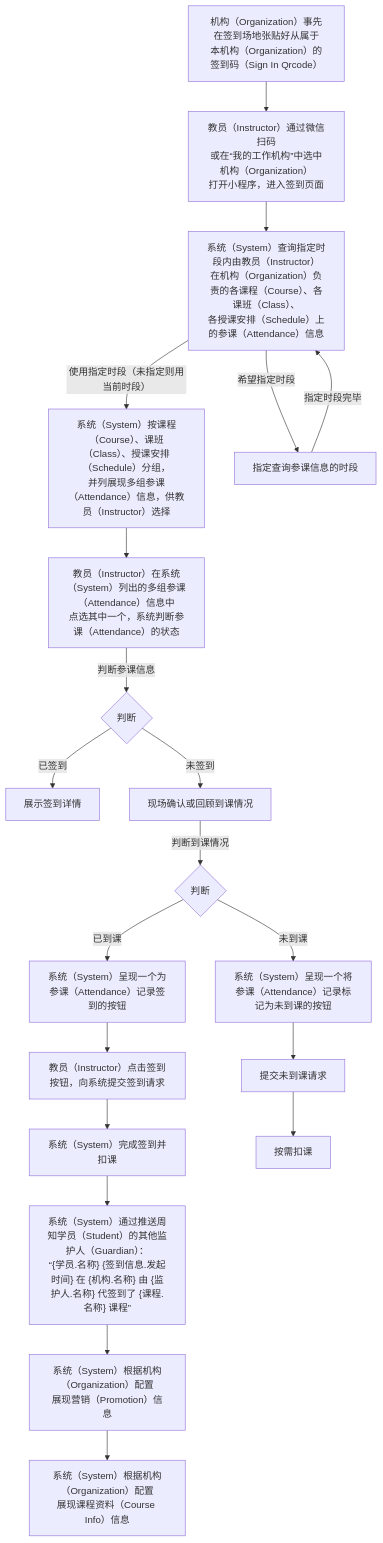
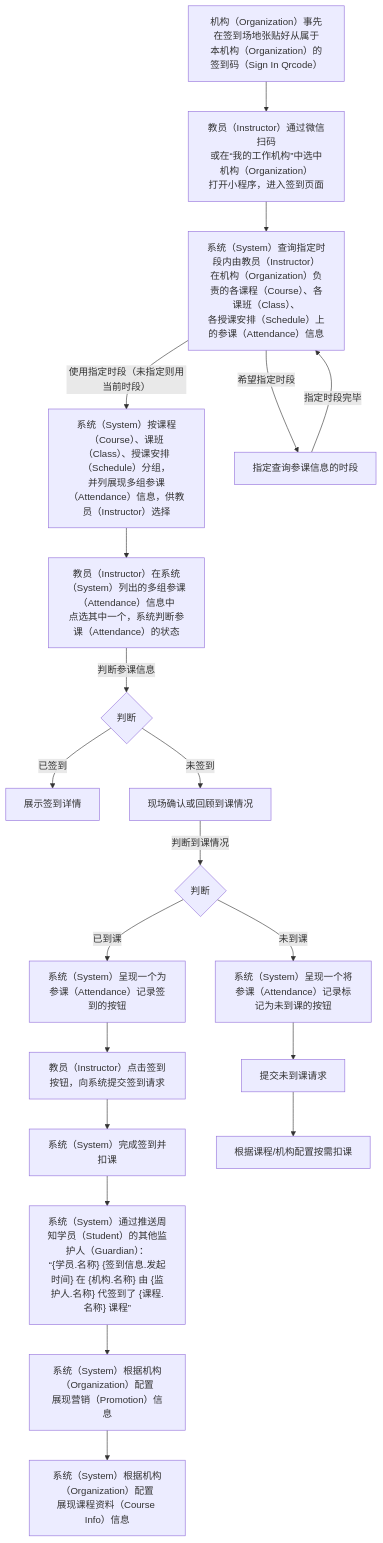
The third of 3 diagrams in 用例/签到.md (world-wide-web/sign), drawn with Mermaid before and after one commit. The commit also changed other lines of this file, not shown here.

````diff
--- a/用例/签到.md
+++ b/用例/签到.md
@@ -82,53 +82,55 @@
 ```mermaid
 graph TD
 
 准备签到码-->扫描签到码
 扫描签到码-->列出负责的授课单元
 列出负责的授课单元--"使用指定时段（未指定则用当前时段）"-->展现授课单元下的参课信息
 列出负责的授课单元--希望指定时段-->指定查询参课信息的时段
 指定查询参课信息的时段--指定时段完毕-->列出负责的授课单元
 展现授课单元下的参课信息-->选择参课信息
 选择参课信息--判断参课信息-->判断参课信息
 判断参课信息--已签到-->展示签到详情
 判断参课信息--未签到-->现场确认或回顾到课情况
 现场确认或回顾到课情况--判断到课情况-->判断到课情况
 判断到课情况--已到课-->呈现签到按钮
 呈现签到按钮-->提交签到请求
 提交签到请求-->签到扣课
 签到扣课-->周知签到情况
 周知签到情况-->展示营销信息
 展示营销信息-->展示课程资料
 判断到课情况--未到课-->呈现未到课按钮
 呈现未到课按钮-->提交未到课请求
 提交未到课请求-->按需扣课
 
 准备签到码["<center>机构（Organization）事先在签到场地张贴好从属于<br>本机构（Organization）的签到码（Sign In Qrcode）</center>"]
 
 扫描签到码["<center>教员（Instructor）通过微信扫码<br>或在“我的工作机构”中选中机构（Organization）<br>打开小程序，进入签到页面</center>"]
 
 列出负责的授课单元["<center>系统（System）查询指定时段内由教员（Instructor）<br>在机构（Organization）负责的各课程（Course）、各课班（Class）、<br>各授课安排（Schedule）上的参课（Attendance）信息"]
 
 指定查询参课信息的时段
 
 展现授课单元下的参课信息["<center>系统（System）按课程（Course）、课班（Class）、授课安排（Schedule）分组，<br>并列展现多组参课（Attendance）信息，供教员（Instructor）选择</center>"]
 
 选择参课信息["<center>教员（Instructor）在系统（System）列出的多组参课（Attendance）信息中<br>点选其中一个，系统判断参课（Attendance）的状态</center>"]
 
 判断参课信息{"<center>判断</center>"}
 
 判断到课情况{"<center>判断</center>"}
 
 呈现签到按钮["<center>系统（System）呈现一个为参课（Attendance）记录签到的按钮</center>"]
 
 提交签到请求["<center>教员（Instructor）点击签到按钮，向系统提交签到请求</center>"]
 
 签到扣课["<center>系统（System）完成签到并扣课</center>"]
 
 周知签到情况["<center>系统（System）通过推送周知学员（Student）的其他监护人（Guardian）：<br>“{学员.名称} {签到信息.发起时间} 在 {机构.名称} 由 {监护人.名称} 代签到了 {课程.名称} 课程”</center>"]
 
 展示营销信息["<center>系统（System）根据机构（Organization）配置<br>展现营销（Promotion）信息</center>"]
 
 展示课程资料["<center>系统（System）根据机构（Organization）配置<br>展现课程资料（Course Info）信息</center>"]
 
 呈现未到课按钮["<center>系统（System）呈现一个将参课（Attendance）记录标记为未到课的按钮</center>"]
+
+按需扣课["<center>根据课程/机构配置按需扣课</center>"]
 ```
````
